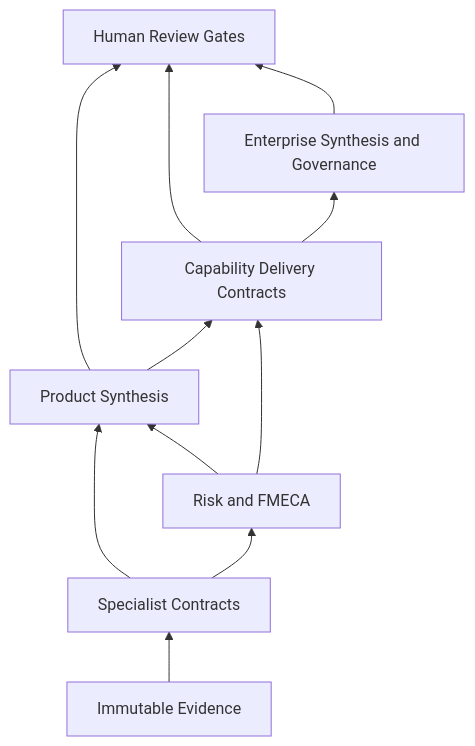
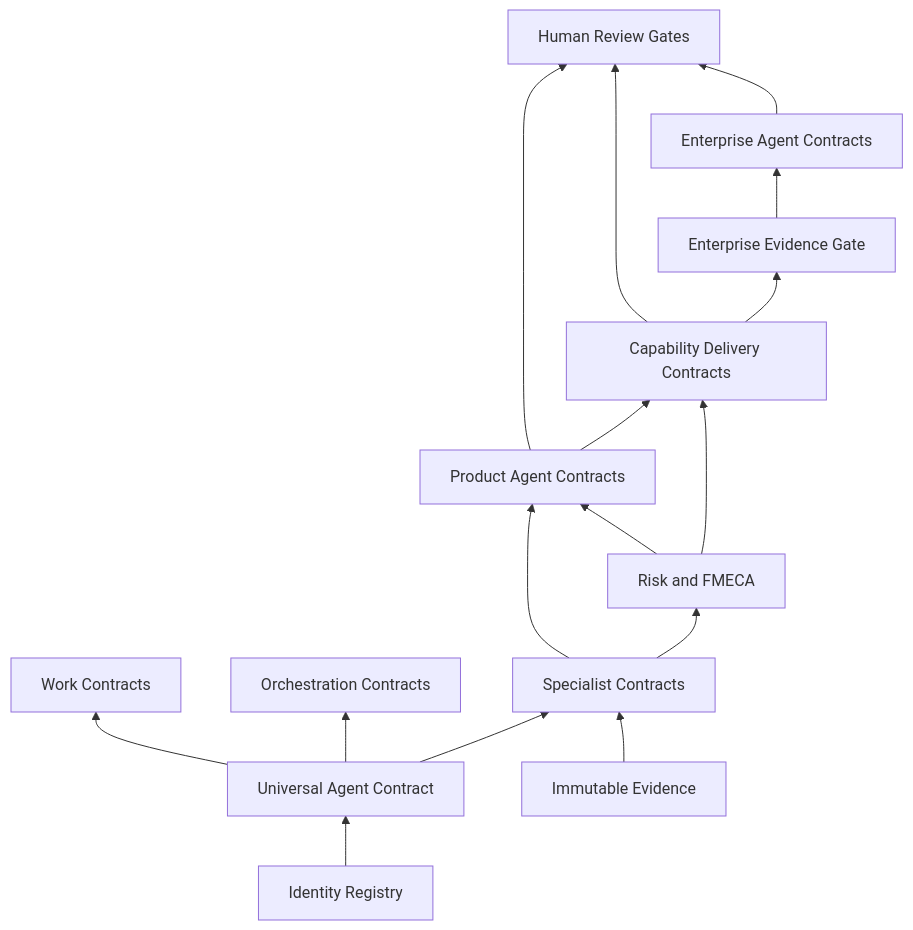
The diagram in contracts/contract-dependency-graph.md (thomasverburgt/Code-Review-Harness), drawn with Mermaid before and after one commit. The commit also changed other lines of this file and 74 other files, not shown here.

First line of the commit message:
Establish universal enterprise agent framework

````diff
--- a/contracts/contract-dependency-graph.md
+++ b/contracts/contract-dependency-graph.md
@@ -3,13 +3,18 @@
 ```mermaid
 flowchart BT
-  E[Immutable Evidence] --> S[Specialist Contracts]
-  S --> P[Product Synthesis]
+  I[Identity Registry] --> U[Universal Agent Contract]
+  U --> W[Work Contracts]
+  U --> O[Orchestration Contracts]
+  U --> S[Specialist Contracts]
+  E[Immutable Evidence] --> S
+  S --> P[Product Agent Contracts]
   P --> C[Capability Delivery Contracts]
-  C --> X[Enterprise Synthesis and Governance]
+  C --> V[Enterprise Evidence Gate]
+  V --> X[Enterprise Agent Contracts]
   S --> R[Risk and FMECA]
   R --> P
   R --> C
   P --> H[Human Review Gates]
   C --> H
   X --> H
 ```
````
